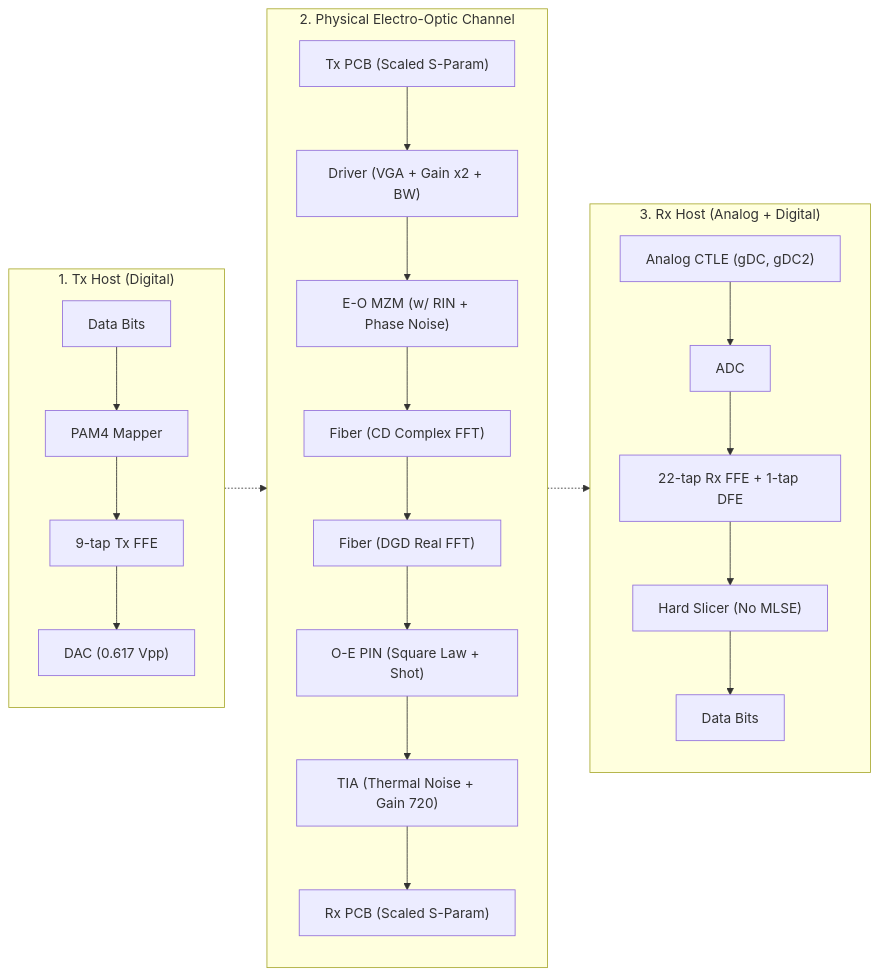
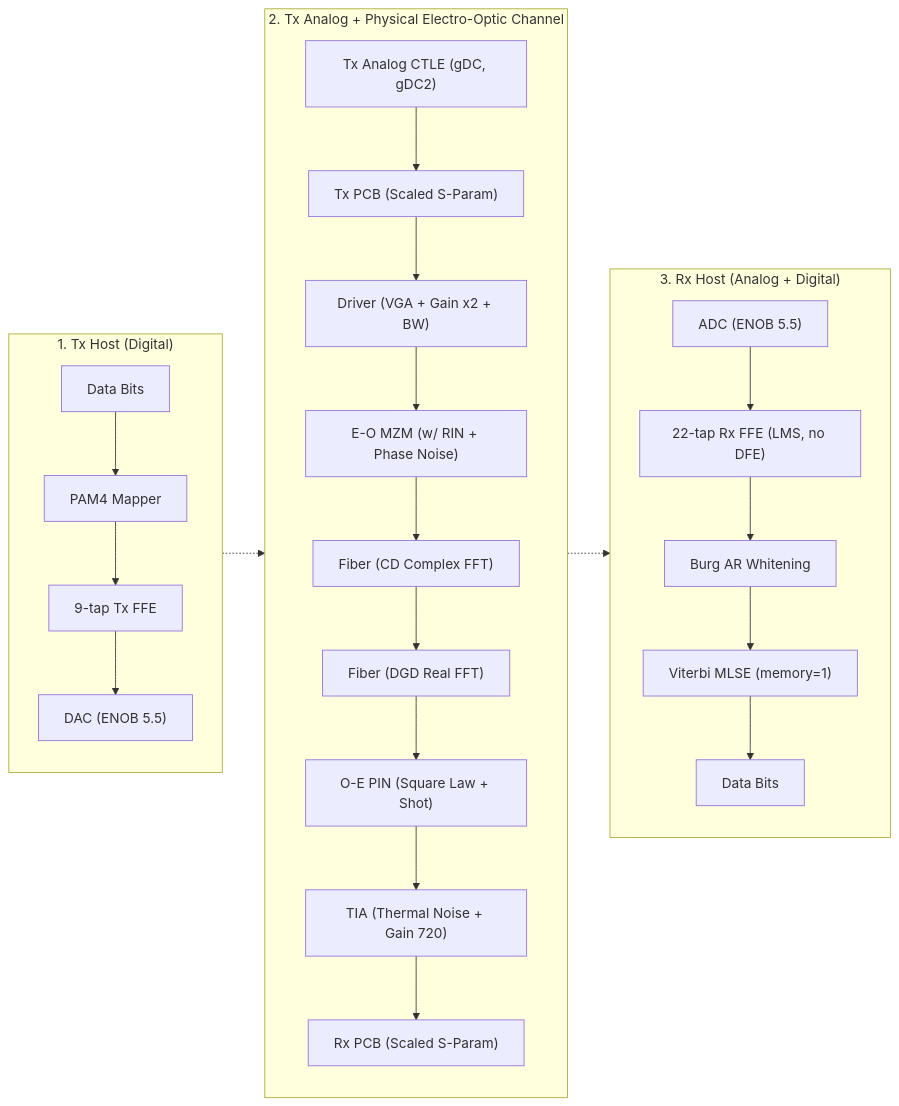
One commit to ZenHatesCoding/lpo-pam4-sim changed the diagram in docs/01_DSP_Architecture.md. Above: the diagram before and after it, drawn with Mermaid. The commit also changed other lines of this file and 85 other files, not shown here.

````diff
--- a/docs/01_DSP_Architecture.md
+++ b/docs/01_DSP_Architecture.md
@@ -32,32 +33,33 @@
 ```mermaid
 %%{init: {'themeVariables': { 'background': 'transparent'}}}%%
 graph LR
     subgraph R1 ["1. Tx Host (Digital)"]
         direction TB
         A[Data Bits] --> B[PAM4 Mapper]
         B --> C["9-tap Tx FFE"]
-        C --> D["DAC (0.617 Vpp)"]
+        C --> D["DAC (ENOB 5.5)"]
     end
 
-    subgraph R2 ["2. Physical Electro-Optic Channel"]
+    subgraph R2 ["2. Tx Analog + Physical Electro-Optic Channel"]
         direction TB
-        F["Tx PCB (Scaled S-Param)"] --> G1["Driver (VGA + Gain x2 + BW)"]
+        E["Tx Analog CTLE (gDC, gDC2)"] --> F["Tx PCB (Scaled S-Param)"]
+        F --> G1["Driver (VGA + Gain x2 + BW)"]
         G1 --> G["E-O MZM (w/ RIN + Phase Noise)"]
         G --> H["Fiber (CD Complex FFT)"]
         H --> I["Fiber (DGD Real FFT)"]
         I --> J["O-E PIN (Square Law + Shot)"]
         J --> K["TIA (Thermal Noise + Gain 720)"]
         K --> L["Rx PCB (Scaled S-Param)"]
     end
 
     subgraph R3 ["3. Rx Host (Analog + Digital)"]
         direction TB
-        M["Analog CTLE (gDC, gDC2)"] --> N["ADC"]
-        N --> O["22-tap Rx FFE + 1-tap DFE"]
-        O --> P["Hard Slicer (No MLSE)"]
+        M["ADC (ENOB 5.5)"] --> N["22-tap Rx FFE (LMS, no DFE)"]
+        N --> O["Burg AR Whitening"]
+        O --> P["Viterbi MLSE (memory=1)"]
         P --> Q[Data Bits]
     end
-    
-    D -.-> F
+
+    D -.-> E
     L -.-> M
 ```
````
